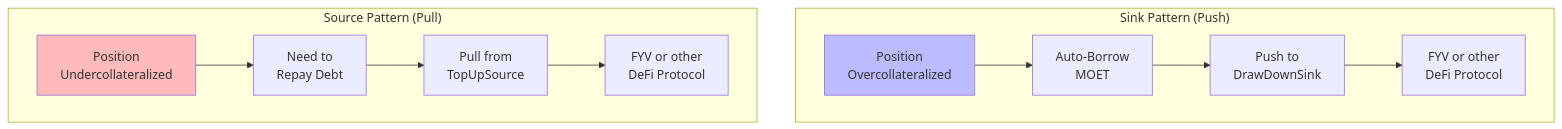
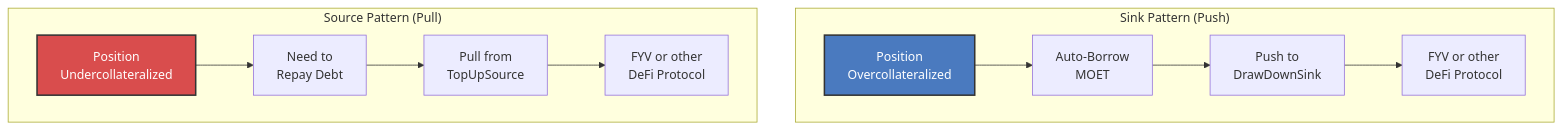
Before and after one commit to onflow/docs: the third of 7 diagrams in docs/defi/alp/architecture.md, drawn with Mermaid. The commit also changed other lines of this file and 12 other files, not shown here.

````diff
--- a/docs/defi/alp/architecture.md
+++ b/docs/defi/alp/architecture.md
@@ -149,17 +149,17 @@
 ```mermaid
 graph TB
     subgraph "Sink Pattern (Push)"
         S1[Position<br/>Overcollateralized] --> S2[Auto-Borrow<br/>MOET]
         S2 --> S3[Push to<br/>DrawDownSink]
         S3 --> S4[FYV or other<br/>DeFi Protocol]
     end
 
     subgraph "Source Pattern (Pull)"
         P1[Position<br/>Undercollateralized] --> P2[Need to<br/>Repay Debt]
         P2 --> P3[Pull from<br/>TopUpSource]
         P3 --> P4[FYV or other<br/>DeFi Protocol]
     end
 
-    style S1 fill:#bbf
-    style P1 fill:#fbb
+    style S1 fill:#4a7abf,stroke:#333,stroke-width:2px,color:#fff
+    style P1 fill:#d94d4d,stroke:#333,stroke-width:2px,color:#fff
 ```
````
